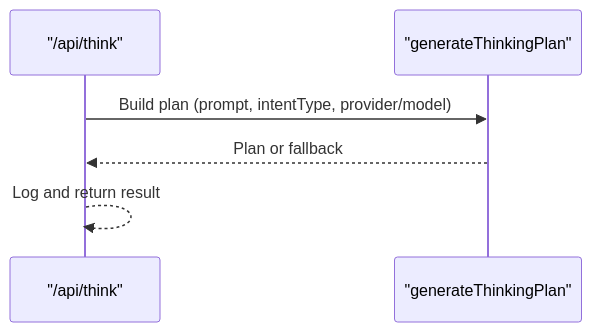
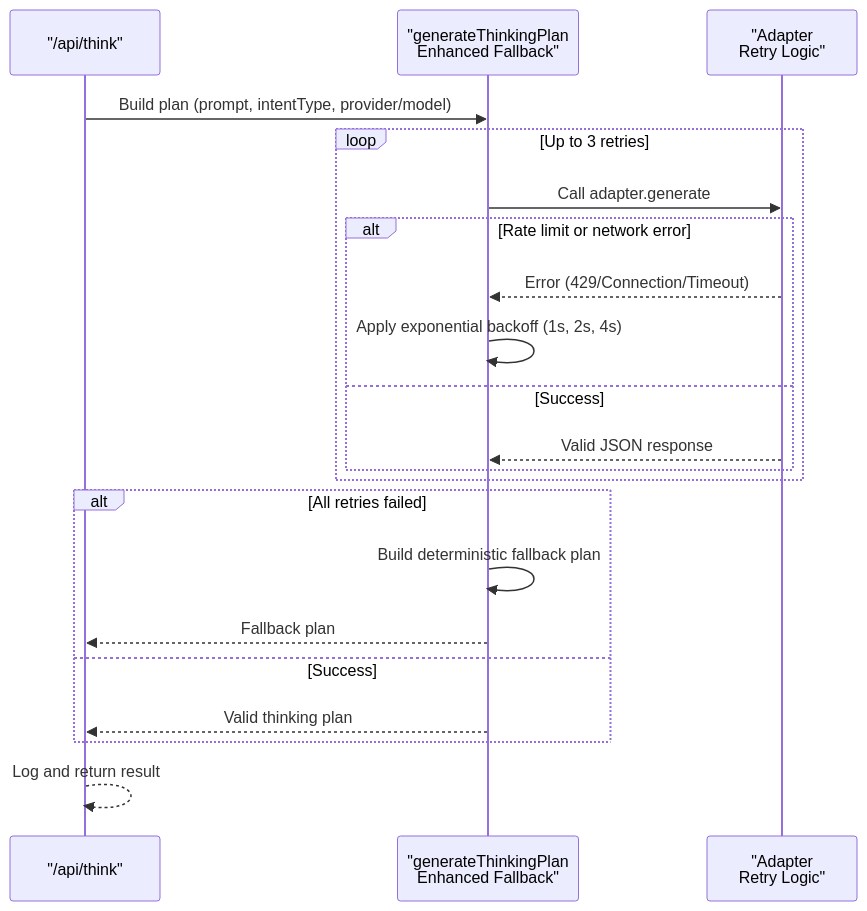
The fourth of 15 diagrams in .qoder/repowiki/en/content/Architecture & Design/Layered Architecture/Business Logic Layer/AI Generation Pipeline.md (shekhargiri005-dotcom/AI-powered-accessibility-first-UI-engine), drawn with Mermaid before and after one commit. The commit also changed other lines of this file and 71 other files, not shown here.

````diff
--- a/.qoder/repowiki/en/content/Architecture & Design/Layered Architecture/Business Logic Layer/AI Generation Pipeline.md
+++ b/.qoder/repowiki/en/content/Architecture & Design/Layered Architecture/Business Logic Layer/AI Generation Pipeline.md
@@ -267,8 +286,23 @@
 ```mermaid
 sequenceDiagram
 participant API as "/api/think"
-participant TH as "generateThinkingPlan"
-API->>TH : Build plan (prompt, intentType, provider/model)
-TH-->>API : Plan or fallback
+participant TE as "generateThinkingPlan<br/>Enhanced Fallback"
+participant AD as "Adapter<br/>Retry Logic"
+API->>TE : Build plan (prompt, intentType, provider/model)
+loop Up to 3 retries
+TE->>AD : Call adapter.generate
+alt Rate limit or network error
+AD-->>TE : Error (429/Connection/Timeout)
+TE->>TE : Apply exponential backoff (1s, 2s, 4s)
+else Success
+AD-->>TE : Valid JSON response
+end
+end
+alt All retries failed
+TE->>TE : Build deterministic fallback plan
+TE-->>API : Fallback plan
+else Success
+TE-->>API : Valid thinking plan
+end
 API-->>API : Log and return result
 ```
````
